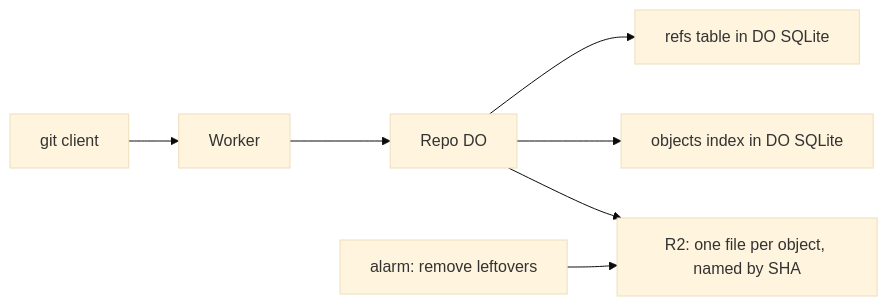
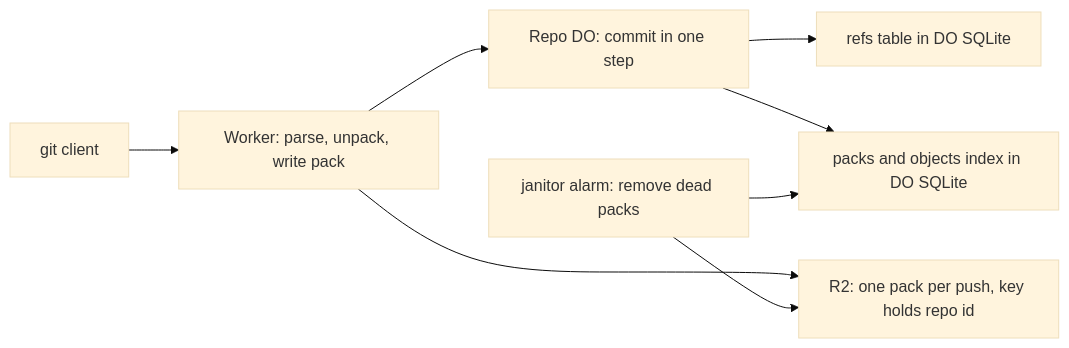
Before and after one commit to idl3/git-edge: the diagram in plain/refs-sqlite-objects-r2.md, drawn with Mermaid (base theme). The commit also changed other lines of this file and 47 other files, not shown here.

````diff
--- a/plain/refs-sqlite-objects-r2.md
+++ b/plain/refs-sqlite-objects-r2.md
@@ -34,9 +35,10 @@
 ```mermaid
 flowchart LR
-    Client["git client"] --> Worker
-    Worker --> DO["Repo DO"]
+    Client["git client"] --> Worker["Worker: parse, unpack, write pack"]
+    Worker --> DO["Repo DO: commit in one step"]
     DO --> Refs["refs table in DO SQLite"]
-    DO --> Index["objects index in DO SQLite"]
-    DO --> R2["R2: one file per object, named by SHA"]
-    Alarm["alarm: remove leftovers"] --> R2
+    DO --> Index["packs and objects index in DO SQLite"]
+    Worker --> R2["R2: one pack per push, key holds repo id"]
+    Janitor["janitor alarm: remove dead packs"] --> R2
+    Janitor --> Index
 ```
````
